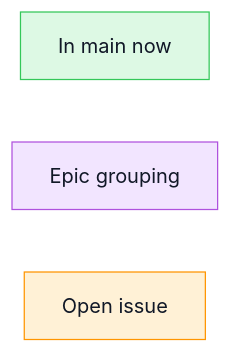
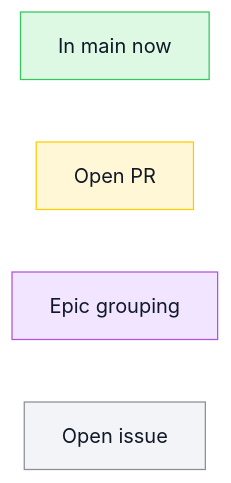
The first of 9 diagrams in README.md (TileDown/tile-down), drawn with Mermaid before and after one commit. The commit also changed other lines of this file and 1 other file, not shown here.

````diff
--- a/README.md
+++ b/README.md
@@ -53,10 +53,12 @@
 ```mermaid
 flowchart LR
   Done["In main now"]:::done
+  Review["Open PR"]:::review
   Epic["Epic grouping"]:::epic
   Todo["Open issue"]:::todo
 
   classDef done fill:#ddf9e4,stroke:#34c759,color:#111827
+  classDef review fill:#fff7d6,stroke:#ffcc00,color:#111827
   classDef epic fill:#f2e5ff,stroke:#af52de,color:#111827
-  classDef todo fill:#fff1d6,stroke:#ff9500,color:#111827
+  classDef todo fill:#f2f4f7,stroke:#8e8e93,color:#111827
 ```
````
